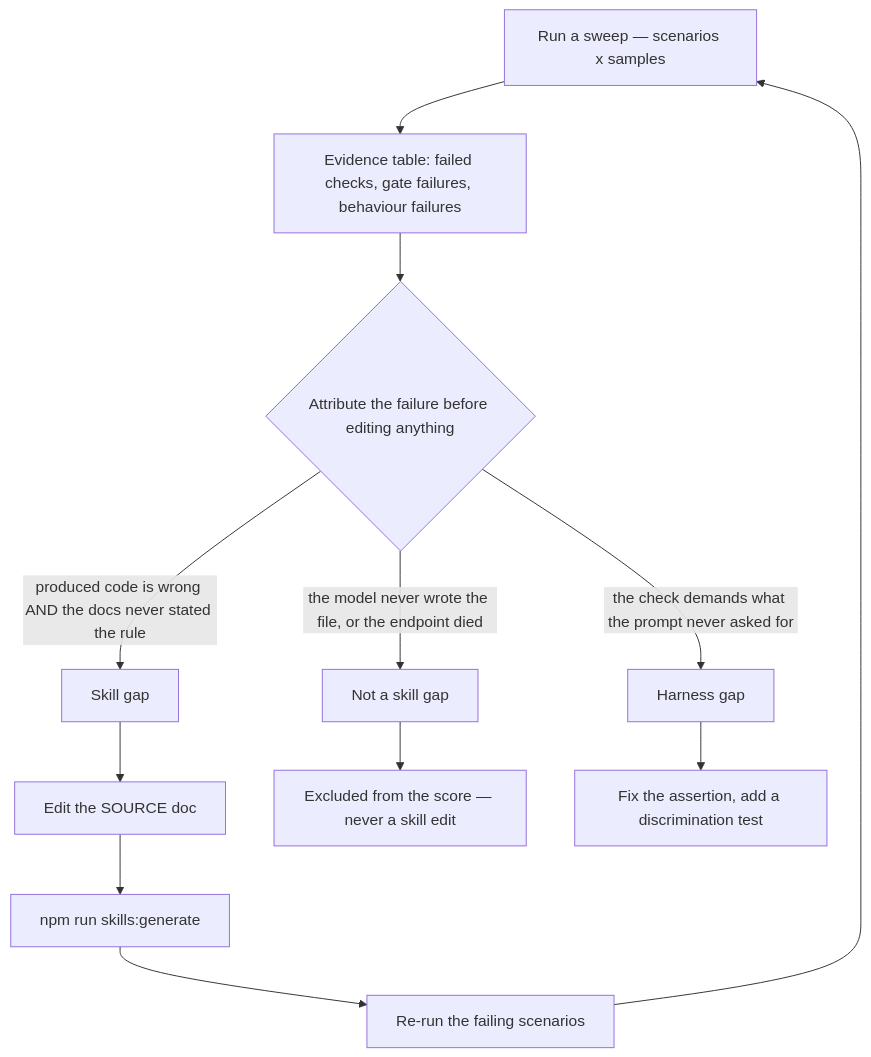
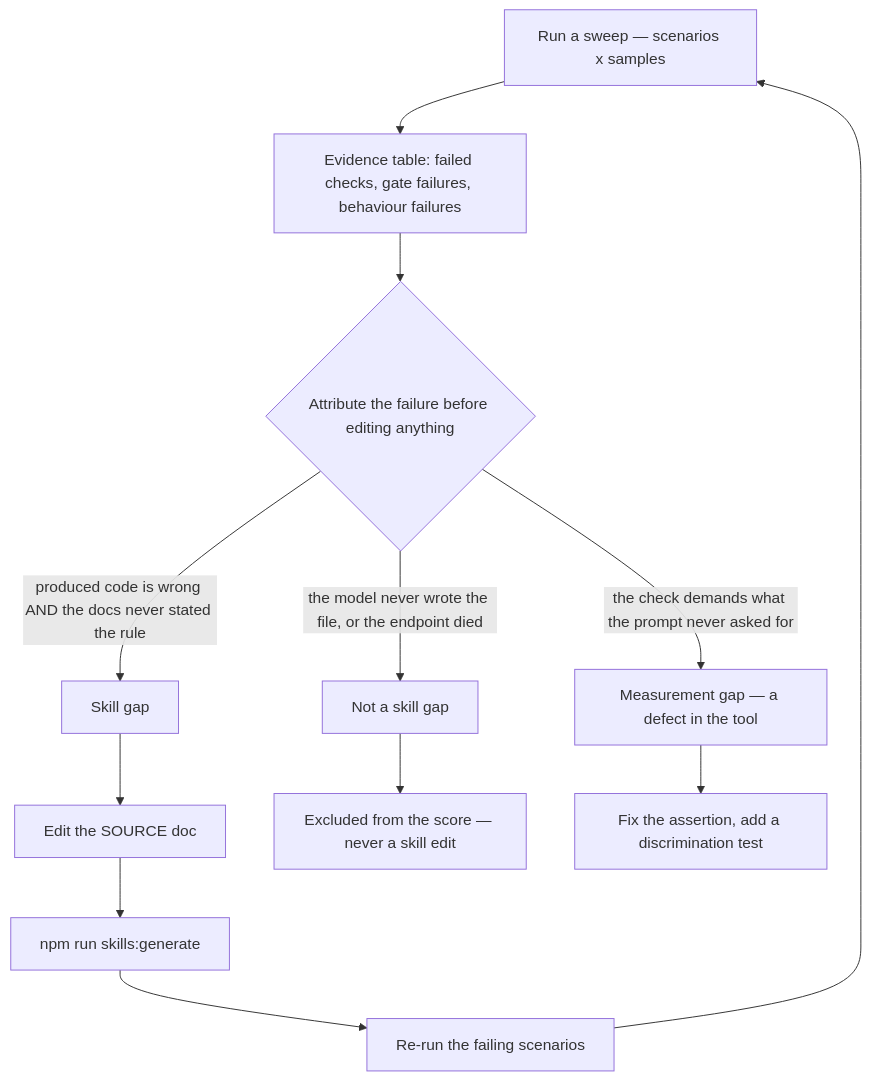
The diagram in packages-node/skill-tester/docs/self-improvement-loop.md (ing-bank/lion), drawn with Mermaid before and after one commit. The commit also changed other lines of this file, not shown here.

First line of the commit message:
docs(skill-tester): define "harness", and answer how often a run writes nothing

````diff
--- a/packages-node/skill-tester/docs/self-improvement-loop.md
+++ b/packages-node/skill-tester/docs/self-improvement-loop.md
@@ -10,14 +21,14 @@
 ```mermaid
 flowchart TD
   R["Run a sweep — scenarios x samples"] --> E["Evidence table: failed checks, gate failures, behaviour failures"]
   E --> A{"Attribute the failure before editing anything"}
   A -->|"produced code is wrong AND the docs never stated the rule"| S["Skill gap"]
   A -->|"the model never wrote the file, or the endpoint died"| N["Not a skill gap"]
-  A -->|"the check demands what the prompt never asked for"| H["Harness gap"]
+  A -->|"the check demands what the prompt never asked for"| H["Measurement gap — a defect in the tool"]
   S --> D["Edit the SOURCE doc"]
   D --> G["npm run skills:generate"]
   G --> V["Re-run the failing scenarios"]
   V --> R
   N --> X["Excluded from the score — never a skill edit"]
   H --> Z["Fix the assertion, add a discrimination test"]
 ```
````
